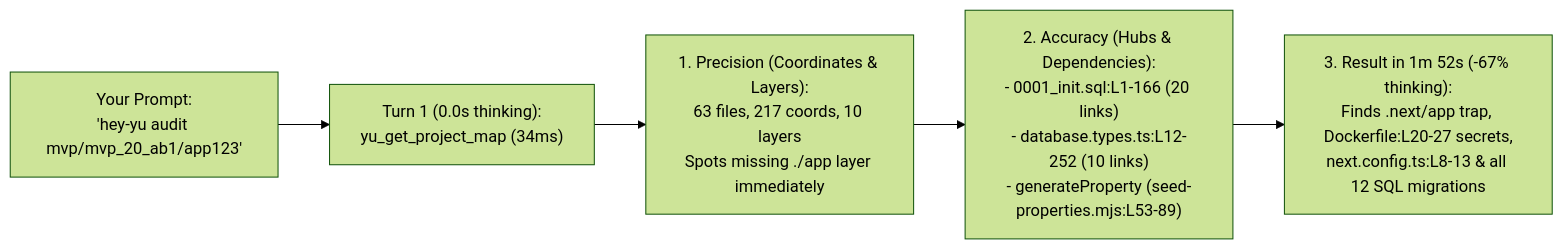
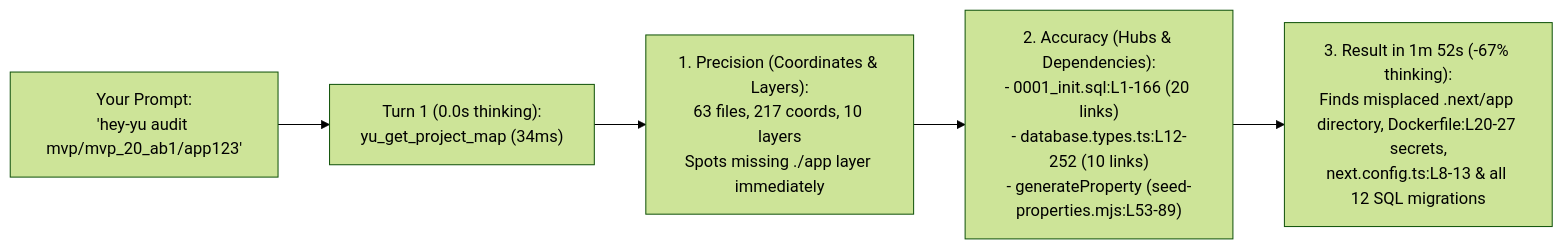
The first of 2 diagrams in README.md (yuyurooms/hey-yu), drawn with Mermaid (forest theme) before and after one commit. The commit also changed other lines of this file, not shown here.

Commit message:
docs: refine opening scenario, remove trap wording, replace JS snippet with CLI commands, and update model name

````diff
--- a/README.md
+++ b/README.md
@@ -221,7 +224,7 @@
 ```mermaid
 flowchart LR
     Prompt["Your Prompt:<br/>'hey-yu audit mvp/mvp_20_ab1/app123'"] --> Resolve["Turn 1 (0.0s thinking):<br/>yu_get_project_map (34ms)"]
     Resolve --> Target["1. Precision (Coordinates & Layers):<br/>63 files, 217 coords, 10 layers<br/>Spots missing ./app layer immediately"]
     Target --> Deps["2. Accuracy (Hubs & Dependencies):<br/>- 0001_init.sql:L1-166 (20 links)<br/>- database.types.ts:L12-252 (10 links)<br/>- generateProperty (seed-properties.mjs:L53-89)"]
-    Deps --> Result["3. Result in 1m 52s (-67% thinking):<br/>Finds .next/app trap, Dockerfile:L20-27 secrets,<br/>next.config.ts:L8-13 & all 12 SQL migrations"]
+    Deps --> Result["3. Result in 1m 52s (-67% thinking):<br/>Finds misplaced .next/app directory, Dockerfile:L20-27 secrets,<br/>next.config.ts:L8-13 & all 12 SQL migrations"]
 ```
````
